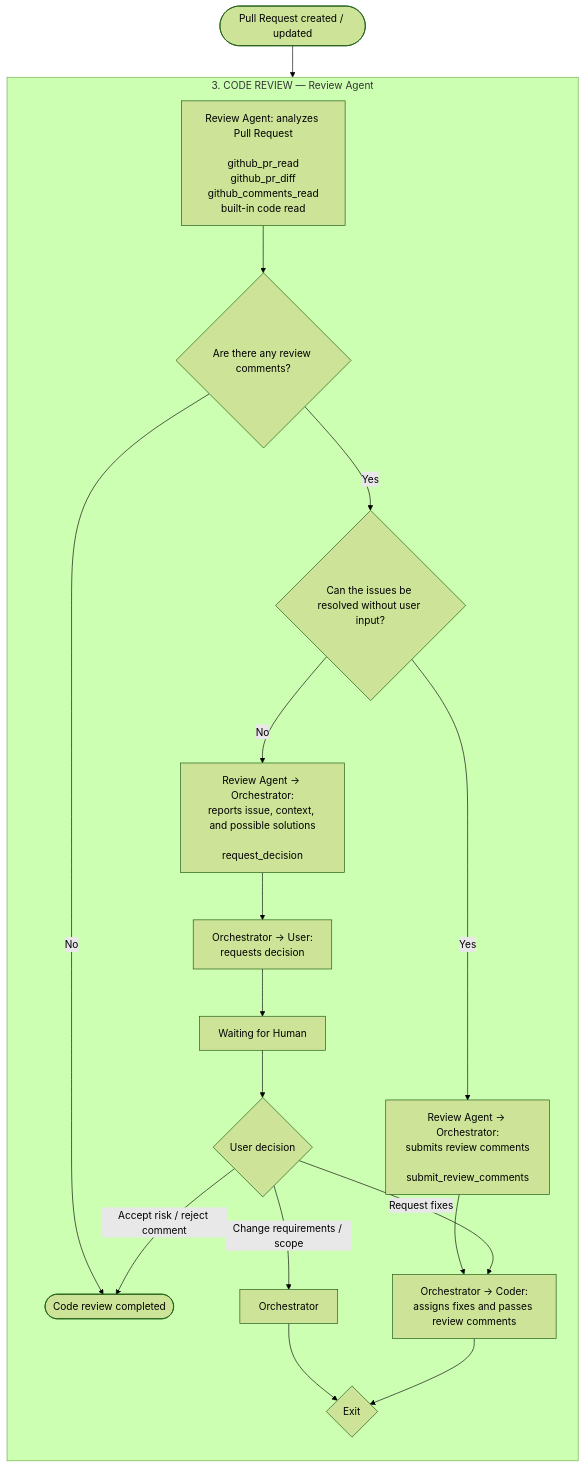
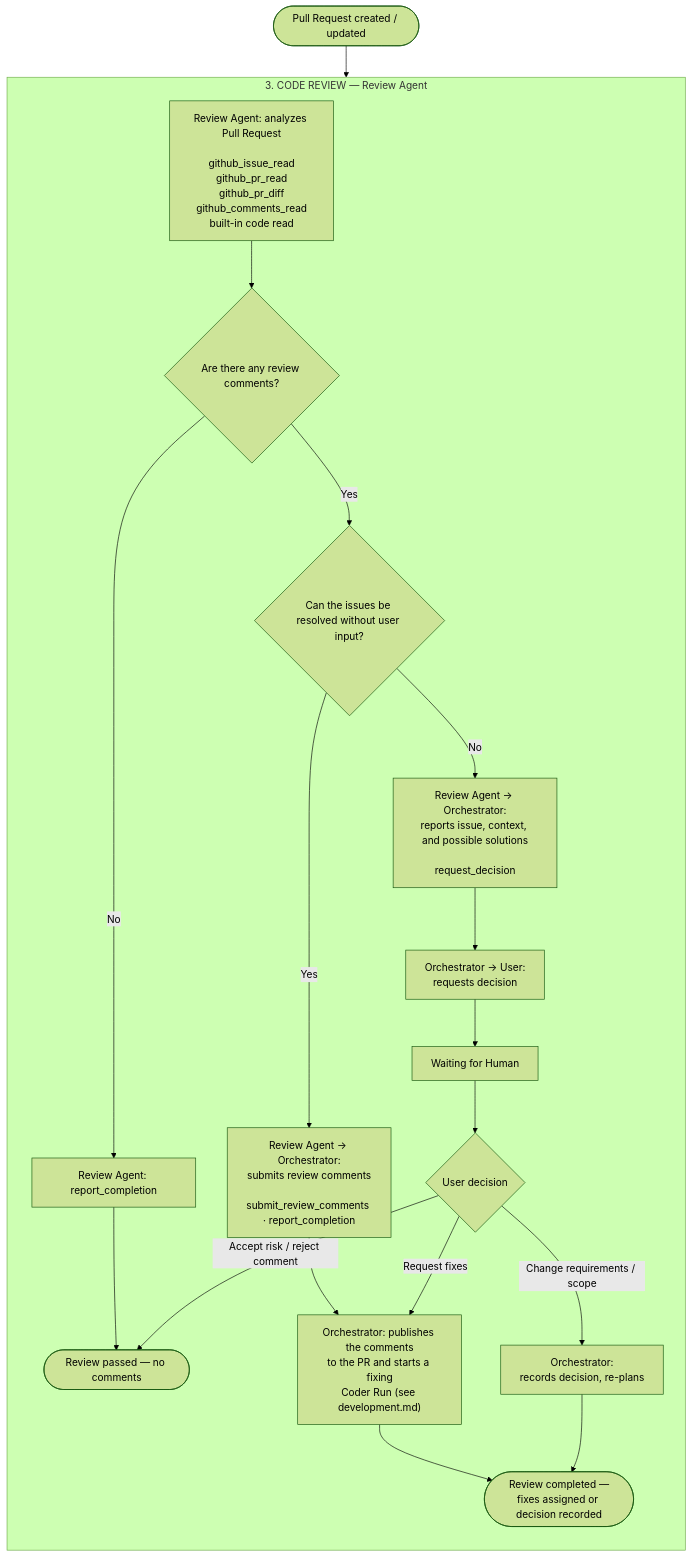
Before and after one commit to aliaksandrZh/ai-worker-01: the diagram in docs/flows/review.md, drawn with Mermaid (forest theme). The commit also changed other lines of this file and 8 other files, not shown here.

````diff
--- a/docs/flows/review.md
+++ b/docs/flows/review.md
@@ -1,36 +1,36 @@
 ```mermaid
 flowchart TB
 START(["Pull Request created / updated"])
 
 subgraph REVIEW["3. CODE REVIEW — Review Agent"]
     direction TB
 
-    R1["Review Agent: analyzes Pull Request<br/><br/>github_pr_read<br/>github_pr_diff<br/>github_comments_read<br/>built-in code read"]
+    R1["Review Agent: analyzes Pull Request<br/><br/>github_issue_read<br/>github_pr_read<br/>github_pr_diff<br/>github_comments_read<br/>built-in code read"]
     R2{"Are there any review comments?"}
     R3{"Can the issues be resolved without user input?"}
 
-    R4["Review Agent → Orchestrator:<br/>submits review comments<br/><br/>submit_review_comments"]
-    R5["Orchestrator → Coder:<br/>assigns fixes and passes review comments"]
+    RPASS["Review Agent: report_completion"]
+    R4["Review Agent → Orchestrator:<br/>submits review comments<br/><br/>submit_review_comments · report_completion"]
+    R5["Orchestrator: publishes the comments<br/>to the PR and starts a fixing<br/>Coder Run (see development.md)"]
 
     R6["Review Agent → Orchestrator:<br/>reports issue, context, and possible solutions<br/><br/>request_decision"]
     R7["Orchestrator → User:<br/>requests decision"]
     R8["Waiting for Human"]
     R9{"User decision"}
-    EXIT{"Exit"}
+    EXIT(["Review completed —<br/>fixes assigned or decision recorded"])
 
     R1 --> R2
-    R2 -- "No" --> DONE(["Code review completed"])
+    R2 -- "No" --> RPASS --> DONE(["Review passed — no comments"])
     R2 -- "Yes" --> R3
 
-    R3 -- "Yes" --> R4 --> R5
+    R3 -- "Yes" --> R4 --> R5 --> EXIT
     R3 -- "No" --> R6 --> R7 --> R8 --> R9
 
     R9 -- "Request fixes" --> R5
-    R9 -- "Change requirements / scope" --> ORCH["Orchestrator"]
+    R9 -- "Change requirements / scope" --> ORCH["Orchestrator:<br/>records decision, re-plans"]
     R9 -- "Accept risk / reject comment" --> DONE
     ORCH --> EXIT
-    R5 --> EXIT
     end
 
 START --> R1
 ```
````
